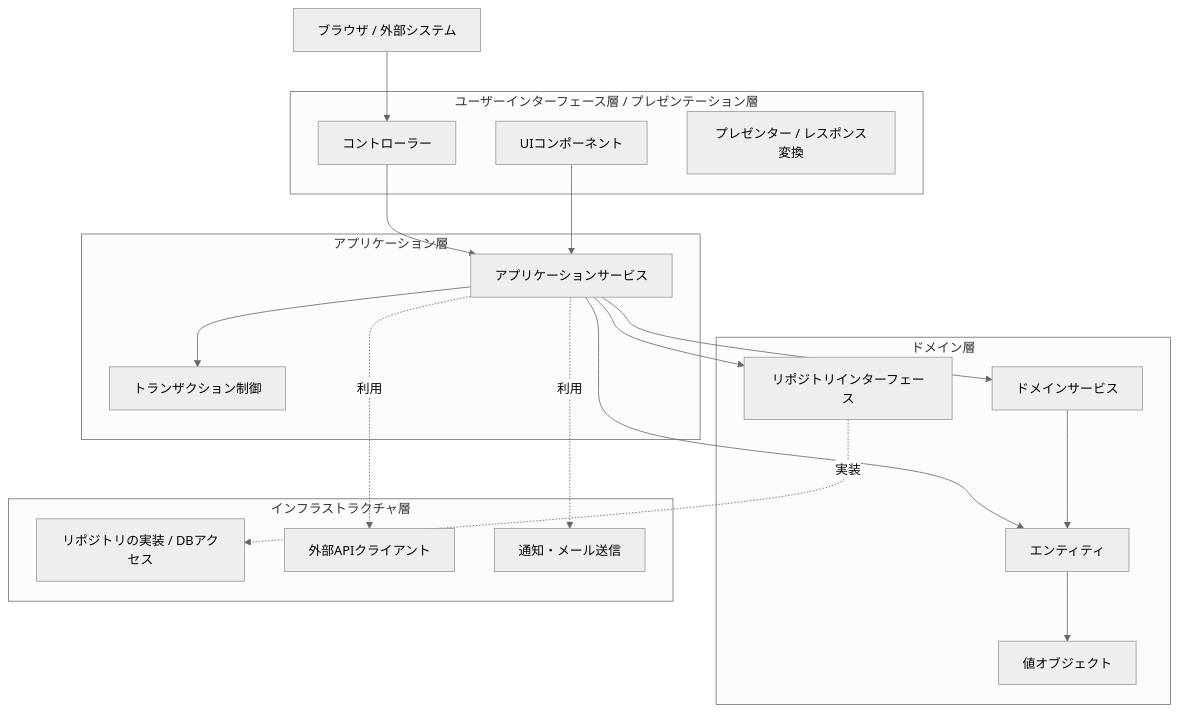
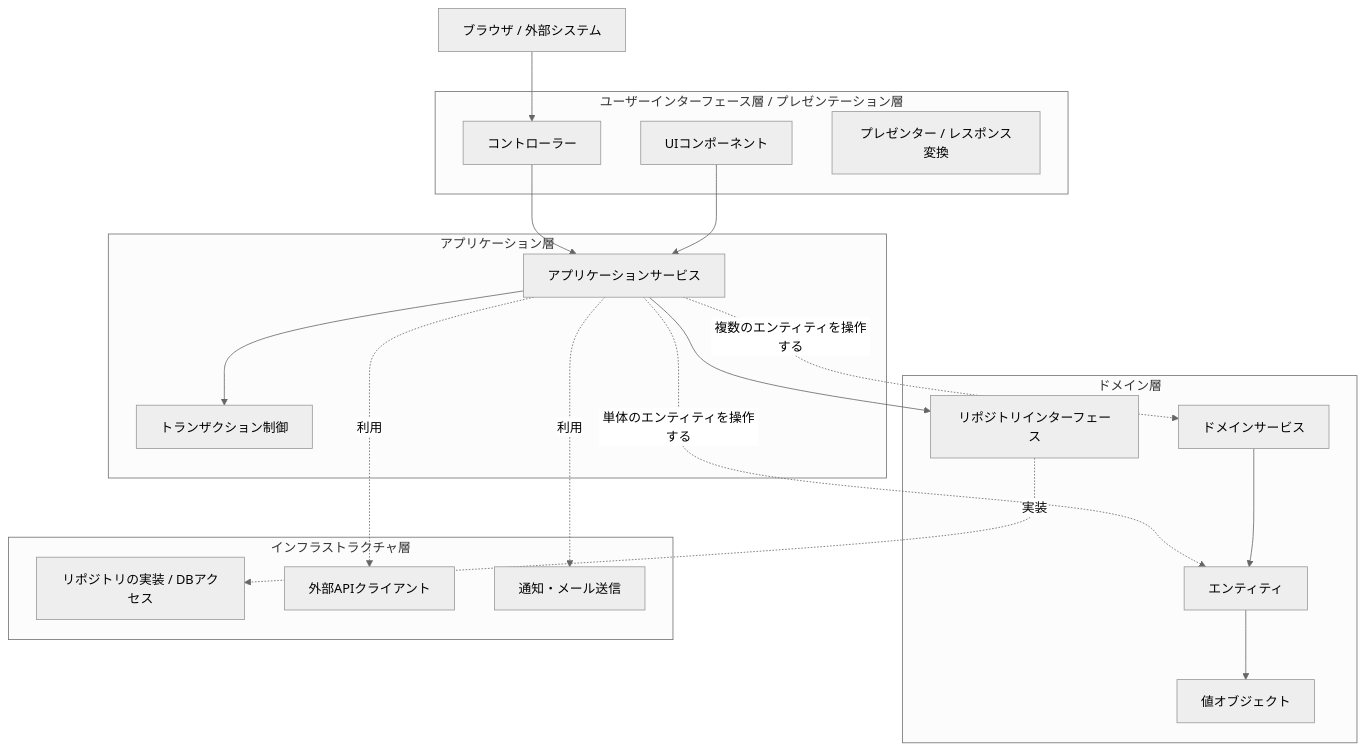
The diagram in articles/domain-driven-design-tutorial.md (aew2sbee/zenn), drawn with Mermaid (neutral theme) before and after one commit.

Commit message:
fix: アプリケーション層からドメイン層への関係を明確にするための注釈を追加

`````diff
--- a/articles/domain-driven-design-tutorial.md
+++ b/articles/domain-driven-design-tutorial.md
@@ -179,53 +179,53 @@
 ````mermaid
 graph TD
     %% 外部（システムの利用者）
     External[ブラウザ / 外部システム]
 
     subgraph UI_Layer [ユーザーインターフェース層 / プレゼンテーション層]
         Component[UIコンポーネント]
         Controller[コントローラー]
         Presenter[プレゼンター / レスポンス変換]
     end
 
     subgraph Application_Layer [アプリケーション層]
         AS[アプリケーションサービス]
         Transaction[トランザクション制御]
     end
 
     subgraph Domain_Layer [ドメイン層]
         Entity[エンティティ]
         VO[値オブジェクト]
         DS[ドメインサービス]
         RepoInt[リポジトリインターフェース]
     end
 
     subgraph Infrastructure_Layer [インフラストラクチャ層]
         RepoImpl[リポジトリの実装 / DBアクセス]
         ExternalAPI[外部APIクライアント]
         MailService[通知・メール送信]
     end
 
     %% --- 依存関係と流れ ---
 
     %% 外部からUI層へ
     External --> Controller
 
     %% UI層からアプリケーション層へ
     Controller --> AS
     Component --> AS
 
     %% アプリケーション層からドメイン層へ
     AS --> Transaction
-    AS --> Entity
-    AS --> DS
+    AS -.->|単体のエンティティを操作する| Entity
+    AS -.->|複数のエンティティを操作する| DS
     AS --> RepoInt
 
     %% ドメイン層内の関係
     DS --> Entity
     Entity --> VO
 
     %% インフラストラクチャ層への依存
     RepoInt -.->|実装| RepoImpl
     AS -.->|利用| ExternalAPI
     AS -.->|利用| MailService
 ````
`````
